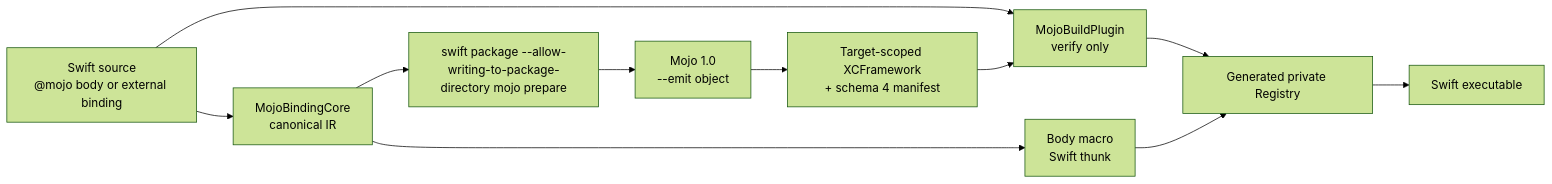
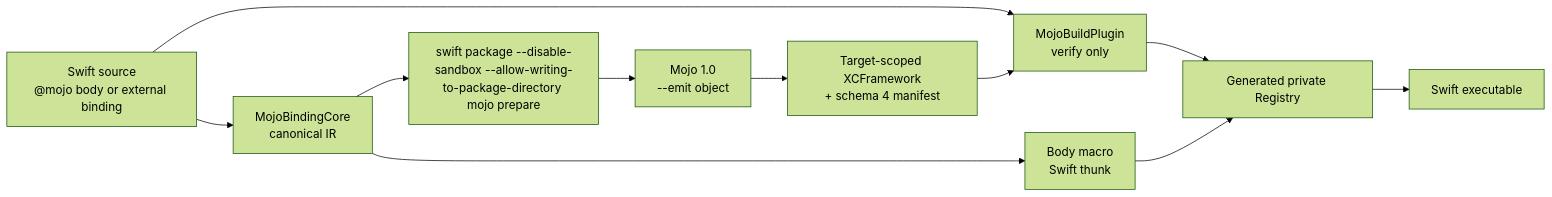
One commit to 1amageek/swift-mojo changed the second of 4 diagrams in README.md. Above: the diagram before and after it, drawn with Mermaid (forest theme). The commit also changed other lines of this file and 29 other files, not shown here.

````diff
--- a/README.md
+++ b/README.md
@@ -219,13 +219,13 @@
 ```mermaid
 flowchart LR
     S["Swift source<br/>@mojo body or external binding"] --> IR["MojoBindingCore<br/>canonical IR"]
     IR --> M["Body macro<br/>Swift thunk"]
-    IR --> P["swift package --allow-writing-to-package-directory mojo prepare"]
+    IR --> P["swift package --disable-sandbox --allow-writing-to-package-directory mojo prepare"]
     P --> C["Mojo 1.0<br/>--emit object"]
     C --> X["Target-scoped XCFramework<br/>+ schema 4 manifest"]
     S --> V["MojoBuildPlugin<br/>verify only"]
     X --> V
     V --> R["Generated private Registry"]
     M --> R
     R --> E["Swift executable"]
 ```
````
